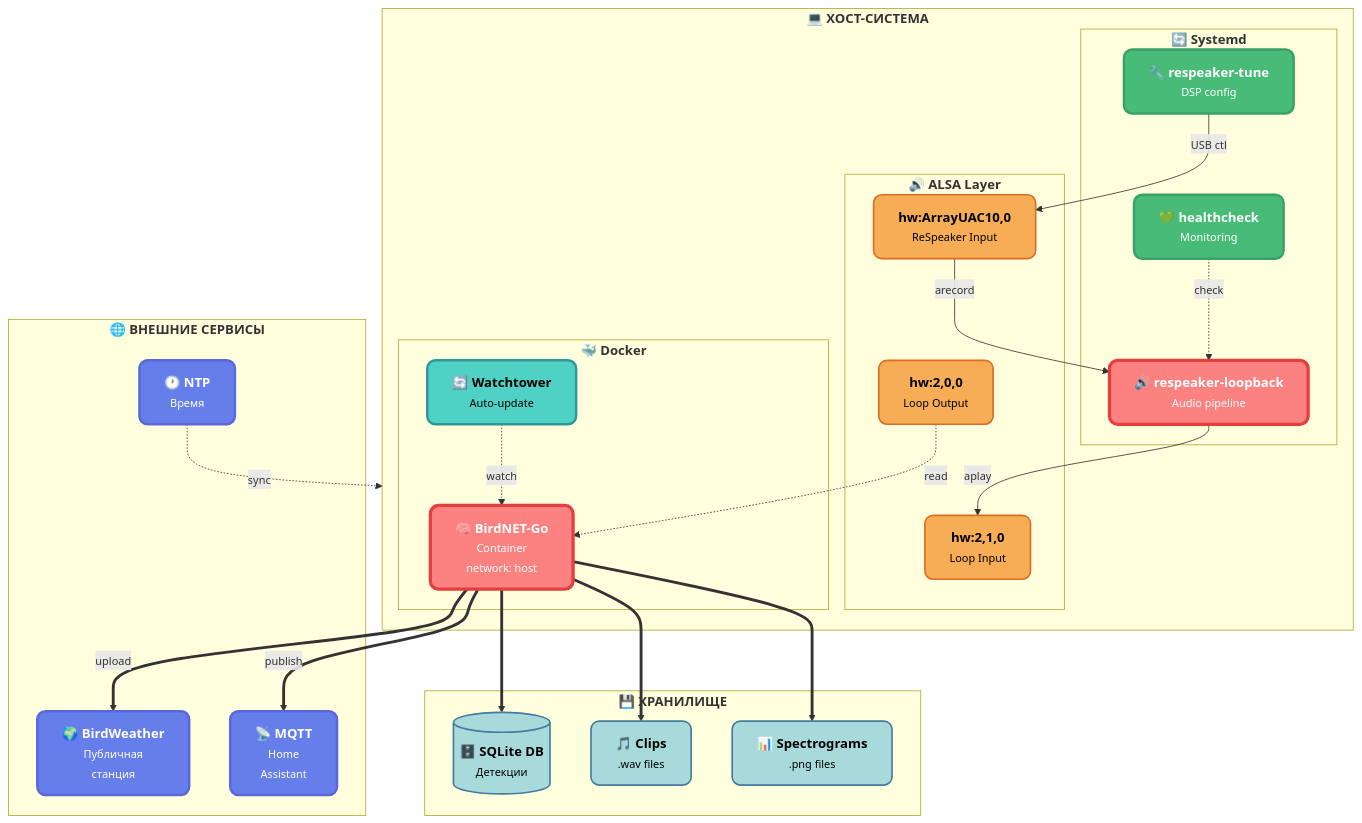
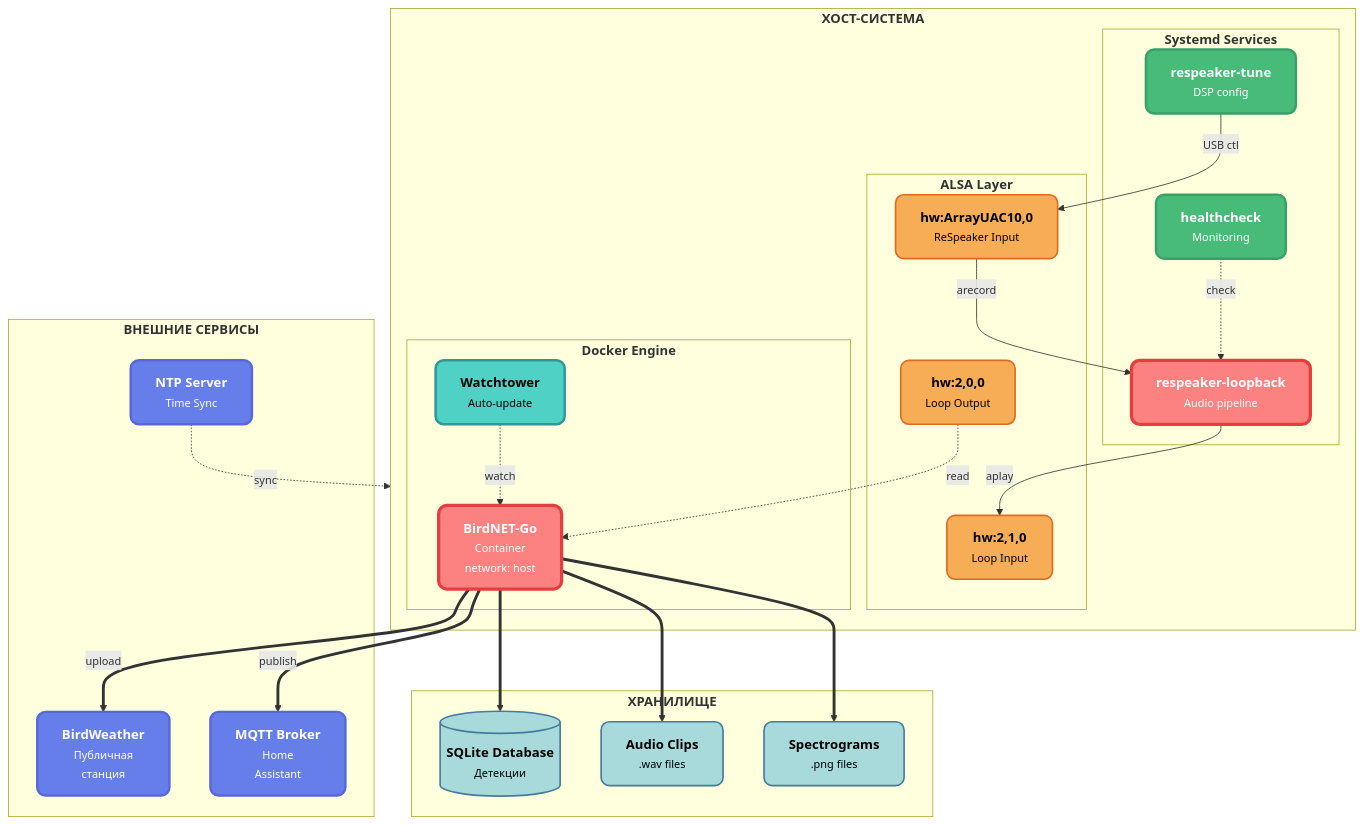
Before and after one commit to Gfermoto/birdnet_odas: the fifth of 5 diagrams in docs/DIAGRAMS.md, drawn with Mermaid. The commit also changed other lines of this file and 2 other files, not shown here.

First line of the commit message:
design: убраны все эмодзи из диаграмм

````diff
--- a/docs/DIAGRAMS.md
+++ b/docs/DIAGRAMS.md
@@ -228,62 +228,62 @@
 ```mermaid
 %%{init: {'theme':'base', 'themeVariables': { 'fontSize':'13px', 'fontFamily':'system-ui, -apple-system, "Segoe UI", Roboto, sans-serif'}}}%%
 graph TB
-    subgraph EXT["<b>🌐 ВНЕШНИЕ СЕРВИСЫ</b>"]
-        BW["<b>🌍 BirdWeather</b><br/><small>Публичная<br/>станция</small>"]
-        MQTT["<b>📡 MQTT</b><br/><small>Home<br/>Assistant</small>"]
-        NTP["<b>🕐 NTP</b><br/><small>Время</small>"]
+    subgraph EXT["<b>ВНЕШНИЕ СЕРВИСЫ</b>"]
+        BW["<b>BirdWeather</b><br/><small>Публичная<br/>станция</small>"]
+        MQTT["<b>MQTT Broker</b><br/><small>Home<br/>Assistant</small>"]
+        NTP["<b>NTP Server</b><br/><small>Time Sync</small>"]
     end
     
-    subgraph HOST["<b>💻 ХОСТ-СИСТЕМА</b>"]
-        subgraph SRV["<b>🔄 Systemd</b>"]
-            S1["<b>🔧 respeaker-tune</b><br/><small>DSP config</small>"]
-            S2["<b>🔊 respeaker-loopback</b><br/><small>Audio pipeline</small>"]
-            S3["<b>💚 healthcheck</b><br/><small>Monitoring</small>"]
+    subgraph HOST["<b>ХОСТ-СИСТЕМА</b>"]
+        subgraph SRV["<b>Systemd Services</b>"]
+            S1["<b>respeaker-tune</b><br/><small>DSP config</small>"]
+            S2["<b>respeaker-loopback</b><br/><small>Audio pipeline</small>"]
+            S3["<b>healthcheck</b><br/><small>Monitoring</small>"]
         end
         
-        subgraph ALSA["<b>🔊 ALSA Layer</b>"]
+        subgraph ALSA["<b>ALSA Layer</b>"]
             AL1["<b>hw:ArrayUAC10,0</b><br/><small>ReSpeaker Input</small>"]
             AL2["<b>hw:2,0,0</b><br/><small>Loop Output</small>"]
             AL3["<b>hw:2,1,0</b><br/><small>Loop Input</small>"]
         end
         
-        subgraph DCK["<b>🐳 Docker</b>"]
-            BN["<b>🧠 BirdNET-Go</b><br/><small>Container<br/>network: host</small>"]
-            WT["<b>🔄 Watchtower</b><br/><small>Auto-update</small>"]
+        subgraph DCK["<b>Docker Engine</b>"]
+            BN["<b>BirdNET-Go</b><br/><small>Container<br/>network: host</small>"]
+            WT["<b>Watchtower</b><br/><small>Auto-update</small>"]
         end
     end
     
-    subgraph STORE["<b>💾 ХРАНИЛИЩЕ</b>"]
-        DB[("<b>🗄️ SQLite DB</b><br/><small>Детекции</small>")]
-        CLIPS["<b>🎵 Clips</b><br/><small>.wav files</small>"]
-        SPEC["<b>📊 Spectrograms</b><br/><small>.png files</small>"]
+    subgraph STORE["<b>ХРАНИЛИЩЕ</b>"]
+        DB[("<b>SQLite Database</b><br/><small>Детекции</small>")]
+        CLIPS["<b>Audio Clips</b><br/><small>.wav files</small>"]
+        SPEC["<b>Spectrograms</b><br/><small>.png files</small>"]
     end
     
     S1 -->|"<small>USB ctl</small>"| AL1
     AL1 -->|"<small>arecord</small>"| S2
     S2 -->|"<small>aplay</small>"| AL3
     AL2 -.->|"<small>read</small>"| BN
     BN ==> DB
     BN ==> CLIPS
     BN ==> SPEC
     BN ==>|"<small>upload</small>"| BW
     BN ==>|"<small>publish</small>"| MQTT
     S3 -.->|"<small>check</small>"| S2
     WT -.->|"<small>watch</small>"| BN
     NTP -.->|"<small>sync</small>"| HOST
     
     classDef external fill:#667EEA,stroke:#5A67D8,stroke-width:3px,color:#fff,rx:10,ry:10
     classDef service fill:#48BB78,stroke:#38A169,stroke-width:3px,color:#fff,rx:10,ry:10
     classDef alsa fill:#F6AD55,stroke:#DD6B20,stroke-width:2px,color:#000,rx:10,ry:10
     classDef docker fill:#4FD1C5,stroke:#319795,stroke-width:3px,color:#000,rx:10,ry:10
     classDef core fill:#FC8181,stroke:#E53E3E,stroke-width:4px,color:#fff,rx:10,ry:10
     classDef storage fill:#A8DADC,stroke:#457B9D,stroke-width:2px,color:#000,rx:10,ry:10
     
     class BW,MQTT,NTP external
     class S1,S3 service
     class S2 core
     class AL1,AL2,AL3 alsa
     class BN core
     class WT docker
     class DB,CLIPS,SPEC storage
 ```
````
